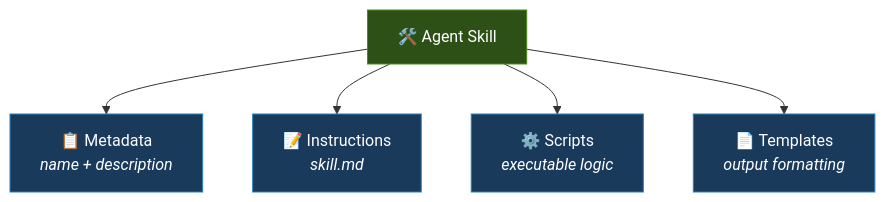
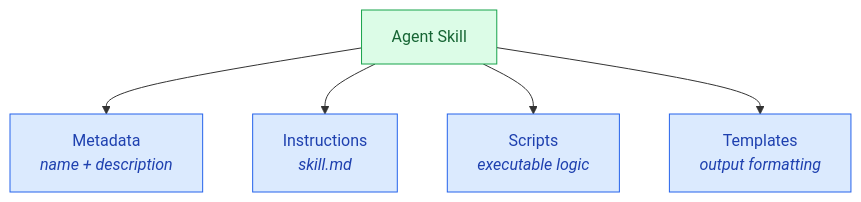
Before and after one commit to raj-champion-trader/rajchampaneriya.github.io: the first of 4 diagrams in hugo-site/content/blog/2026/01/2.agent-skills-the-new-shiny-object-you-actually-need.md, drawn with Mermaid. The commit also changed other lines of this file and 4 other files, not shown here.

Commit message:
style: Enhance Mermaid diagram support with semantic node classes and guidelines for consistent theming

````diff
--- a/hugo-site/content/blog/2026/01/2.agent-skills-the-new-shiny-object-you-actually-need.md
+++ b/hugo-site/content/blog/2026/01/2.agent-skills-the-new-shiny-object-you-actually-need.md
@@ -26,13 +26,10 @@
 ```mermaid
 graph TD
-    A["🛠️ Agent Skill"] --> B["📋 Metadata<br/><i>name + description</i>"]
-    A --> C["📝 Instructions<br/><i>skill.md</i>"]
-    A --> D["⚙️ Scripts<br/><i>executable logic</i>"]
-    A --> E["📄 Templates<br/><i>output formatting</i>"]
+    classDef primary fill:#dbeafe,stroke:#2563eb,color:#1e40af
+    classDef secondary fill:#dcfce7,stroke:#16a34a,color:#166534
 
-    style A fill:#2d5016,stroke:#4a8c1c,color:#fff
-    style B fill:#1a3a5c,stroke:#2980b9,color:#fff
-    style C fill:#1a3a5c,stroke:#2980b9,color:#fff
-    style D fill:#1a3a5c,stroke:#2980b9,color:#fff
-    style E fill:#1a3a5c,stroke:#2980b9,color:#fff
+    A["Agent Skill"]:::secondary --> B["Metadata<br/><i>name + description</i>"]:::primary
+    A --> C["Instructions<br/><i>skill.md</i>"]:::primary
+    A --> D["Scripts<br/><i>executable logic</i>"]:::primary
+    A --> E["Templates<br/><i>output formatting</i>"]:::primary
 ```
````
